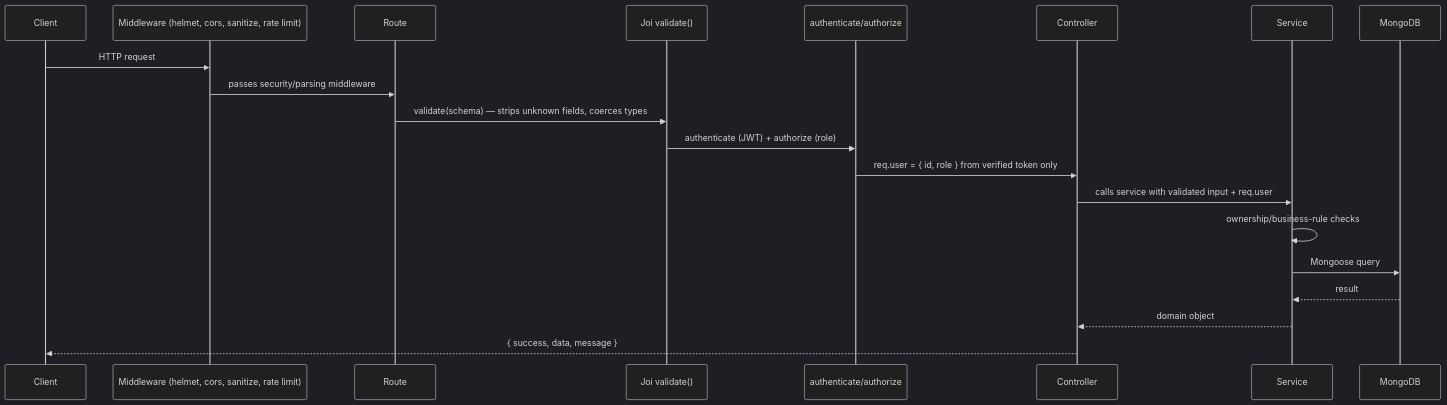
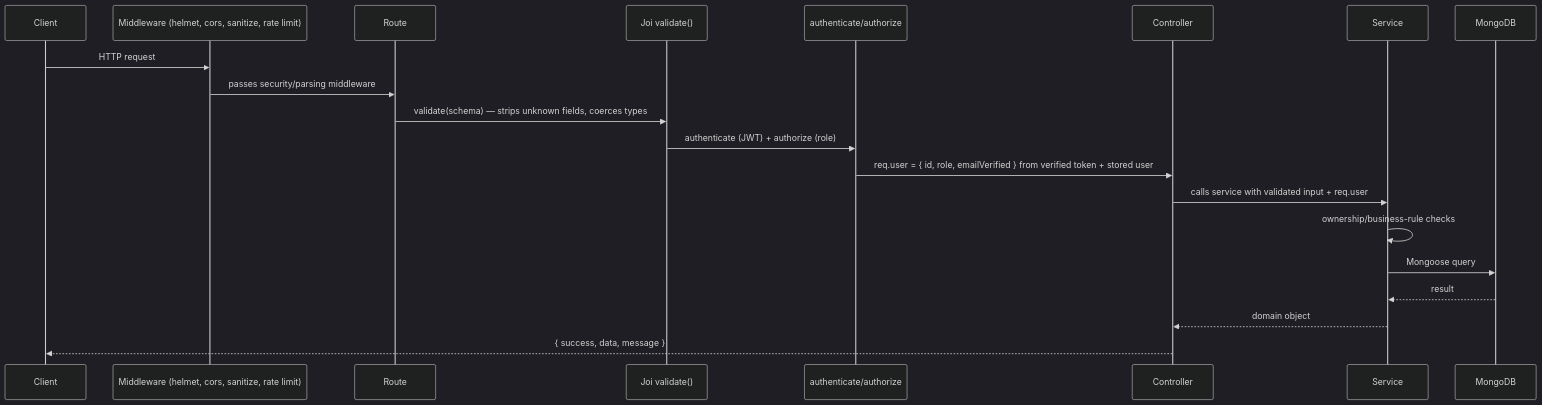
One commit to mohatab/recruitment-investment-api changed the first of 4 diagrams in docs/ARCHITECTURE.md. Above: the diagram before and after it, drawn with Mermaid (dark theme). The commit also changed other lines of this file and 35 other files, not shown here.

````diff
--- a/docs/ARCHITECTURE.md
+++ b/docs/ARCHITECTURE.md
@@ -30,23 +30,23 @@
 ```mermaid
 sequenceDiagram
     participant C as Client
     participant MW as Middleware (helmet, cors, sanitize, rate limit)
     participant R as Route
     participant V as Joi validate()
     participant A as authenticate/authorize
     participant Ctrl as Controller
     participant Svc as Service
     participant DB as MongoDB
 
     C->>MW: HTTP request
     MW->>R: passes security/parsing middleware
     R->>V: validate(schema) — strips unknown fields, coerces types
     V->>A: authenticate (JWT) + authorize (role)
-    A->>Ctrl: req.user = { id, role } from verified token only
+    A->>Ctrl: req.user = { id, role, emailVerified } from verified token + stored user
     Ctrl->>Svc: calls service with validated input + req.user
     Svc->>Svc: ownership/business-rule checks
     Svc->>DB: Mongoose query
     DB-->>Svc: result
     Svc-->>Ctrl: domain object
     Ctrl-->>C: { success, data, message }
 ```
````
